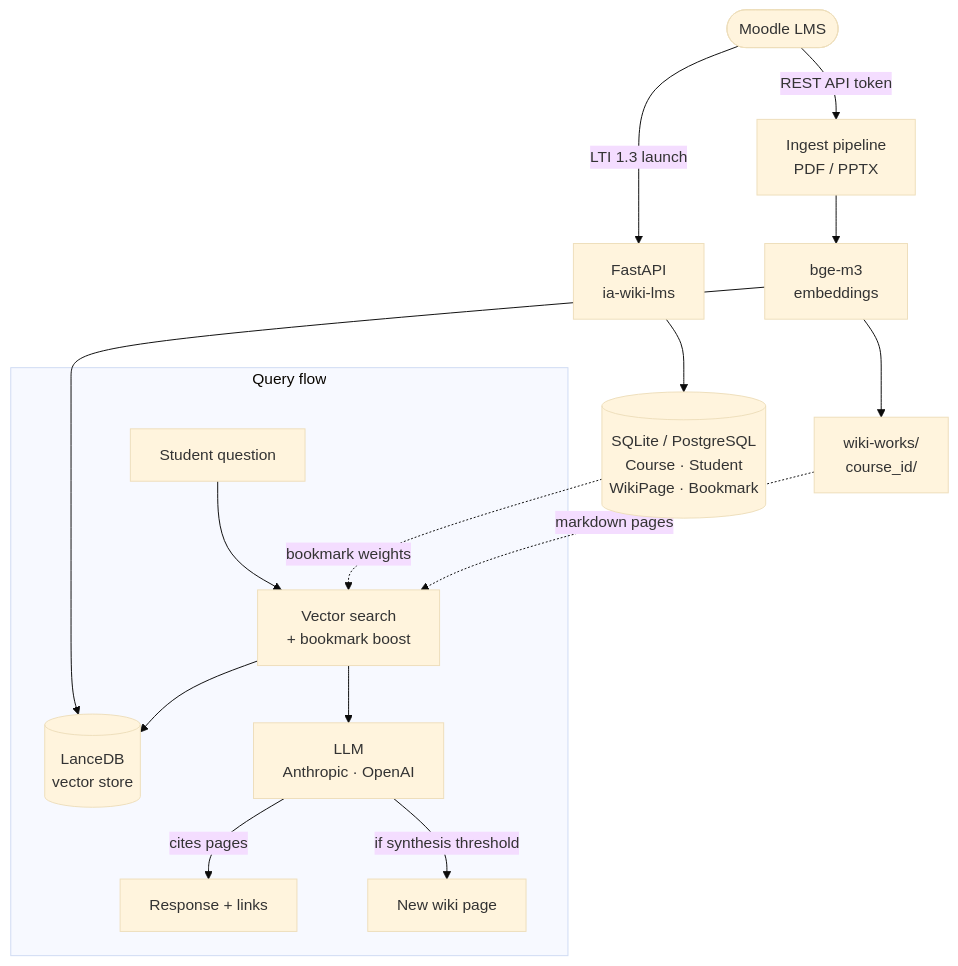
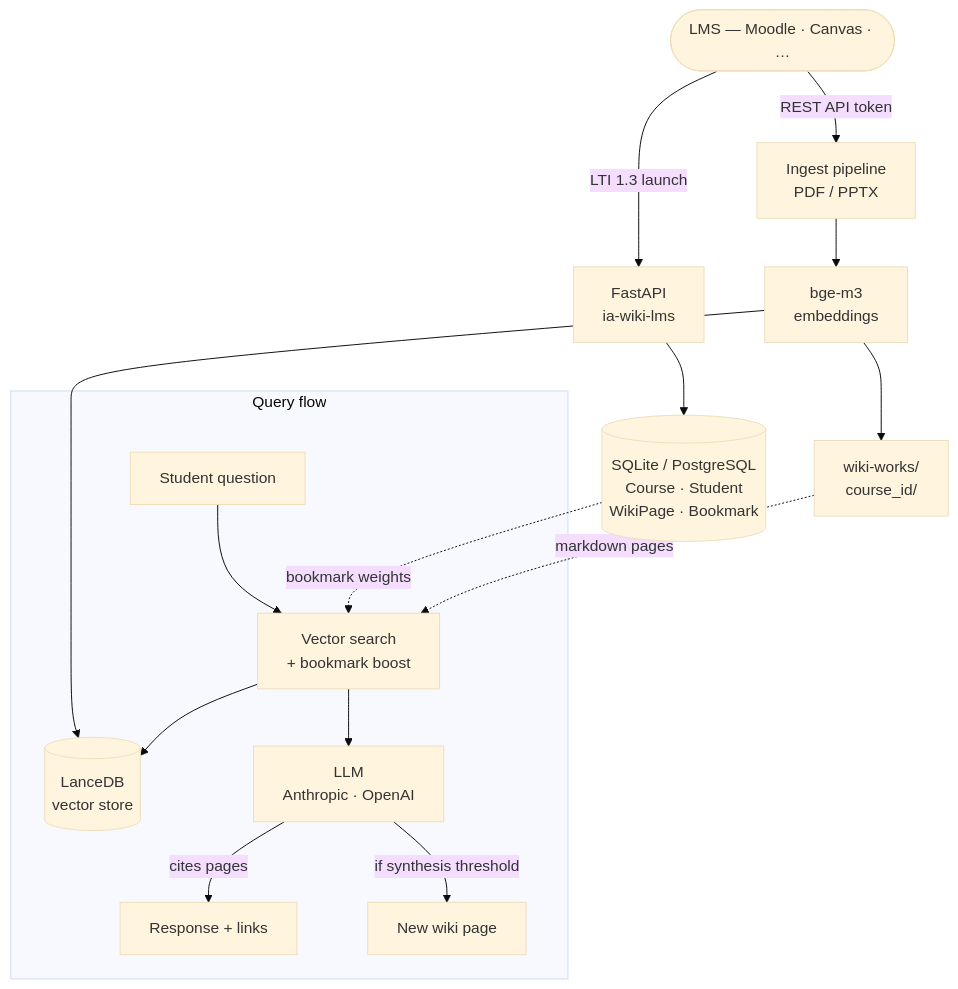
The diagram in README.md (giovannifrontera/ia-wiki-lms), drawn with Mermaid (base theme) before and after one commit. The commit also changed other lines of this file, not shown here.

Commit message:
docs: generalize LMS references — Moodle as primary example, not sole target

````diff
--- a/README.md
+++ b/README.md
@@ -133,21 +133,21 @@
 ```mermaid
 flowchart TD
-    M([Moodle LMS]) -- LTI 1.3 launch --> L[FastAPI\nia-wiki-lms]
+    M([LMS — Moodle · Canvas · …]) -- LTI 1.3 launch --> L[FastAPI\nia-wiki-lms]
     M -- REST API token --> I[Ingest pipeline\nPDF / PPTX]
 
     L --> DB[(SQLite / PostgreSQL\nCourse · Student\nWikiPage · Bookmark)]
     I --> WE[bge-m3\nembeddings]
     WE --> VDB[(LanceDB\nvector store)]
     WE --> WF[wiki-works/\ncourse_id/]
 
     subgraph Query flow
         Q[Student question] --> VS[Vector search\n+ bookmark boost]
         VS --> VDB
         VS --> LLM[LLM\nAnthropic · OpenAI]
         LLM -- cites pages --> R[Response + links]
         LLM -- if synthesis threshold --> NS[New wiki page]
     end
 
     DB -. bookmark weights .-> VS
     WF -. markdown pages .-> VS
 ```
````
